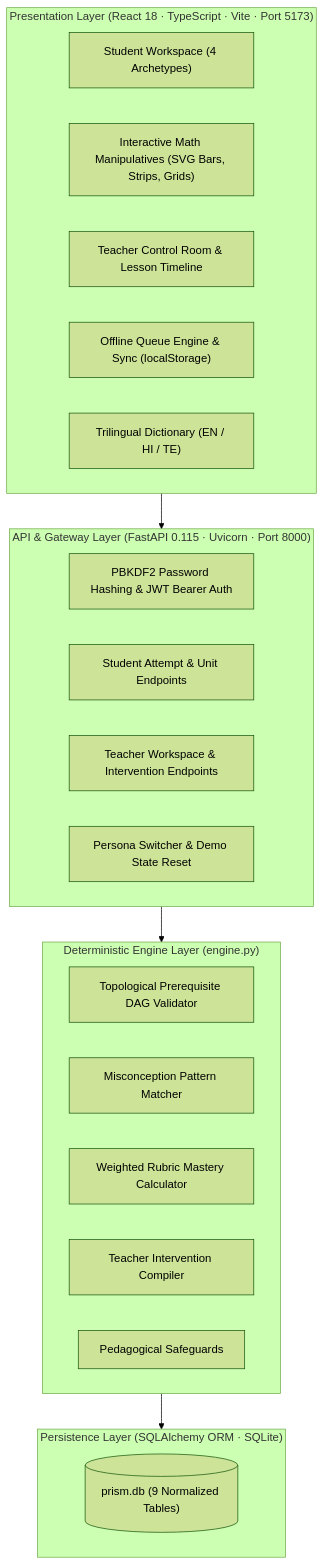
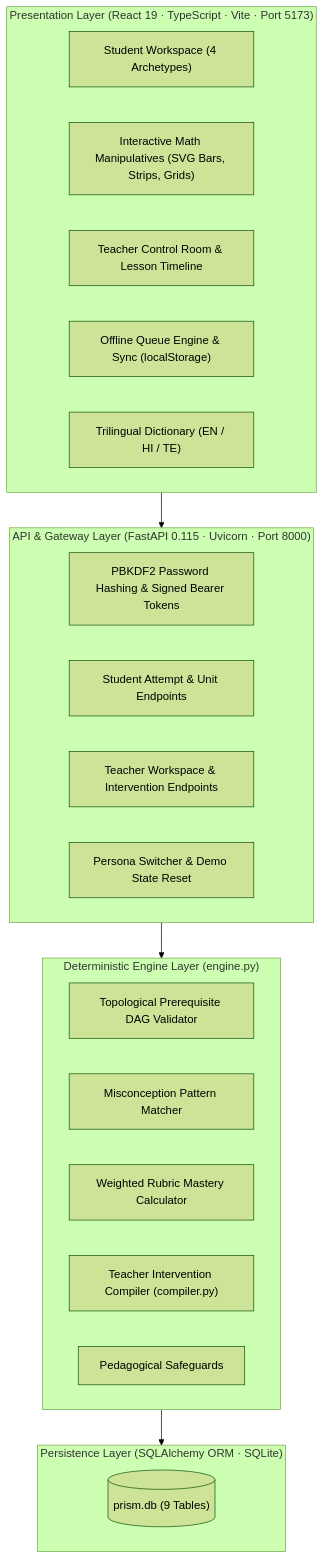
Before and after one commit to vamshimohan-777/PRISM_CLASSROOM: the third of 3 diagrams in README.md, drawn with Mermaid (forest theme). The commit also changed other lines of this file and 35 other files, not shown here.

````diff
--- a/README.md
+++ b/README.md
@@ -140,33 +140,33 @@
 ```mermaid
 flowchart TD
-  subgraph Presentation ["Presentation Layer (React 18 · TypeScript · Vite · Port 5173)"]
+  subgraph Presentation ["Presentation Layer (React 19 · TypeScript · Vite · Port 5173)"]
     SW["Student Workspace (4 Archetypes)"]
     MW["Interactive Math Manipulatives (SVG Bars, Strips, Grids)"]
     TC["Teacher Control Room & Lesson Timeline"]
     OQ["Offline Queue Engine & Sync (localStorage)"]
     TL["Trilingual Dictionary (EN / HI / TE)"]
   end
 
   subgraph Gateway ["API & Gateway Layer (FastAPI 0.115 · Uvicorn · Port 8000)"]
-    AUTH["PBKDF2 Password Hashing & JWT Bearer Auth"]
+    AUTH["PBKDF2 Password Hashing & Signed Bearer Tokens"]
     EP_STU["Student Attempt & Unit Endpoints"]
     EP_TEA["Teacher Workspace & Intervention Endpoints"]
     EP_DEMO["Persona Switcher & Demo State Reset"]
   end
 
   subgraph Engine ["Deterministic Engine Layer (engine.py)"]
     DAG["Topological Prerequisite DAG Validator"]
     MATCH["Misconception Pattern Matcher"]
     MASTERY["Weighted Rubric Mastery Calculator"]
-    COMPILER["Teacher Intervention Compiler"]
+    COMPILER["Teacher Intervention Compiler (compiler.py)"]
     SAFE["Pedagogical Safeguards"]
   end
 
   subgraph Persistence ["Persistence Layer (SQLAlchemy ORM · SQLite)"]
-    DB[("prism.db (9 Normalized Tables)")]
+    DB[("prism.db (9 Tables)")]
   end
 
   Presentation --> Gateway
   Gateway --> Engine
   Engine --> Persistence
 ```
````
